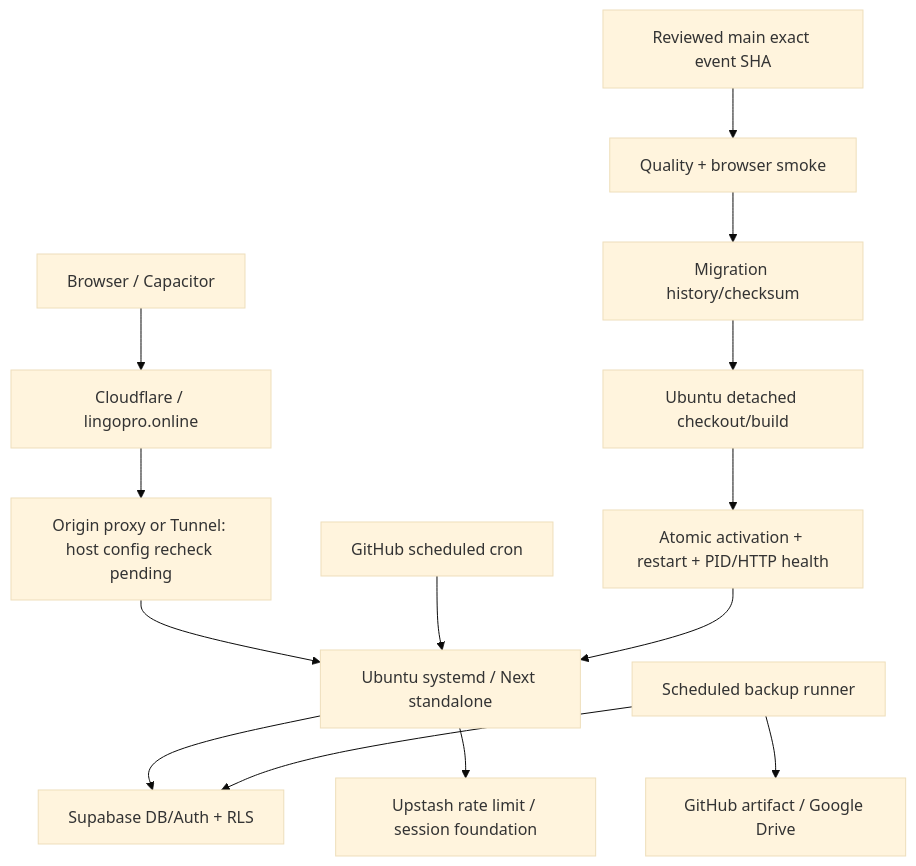
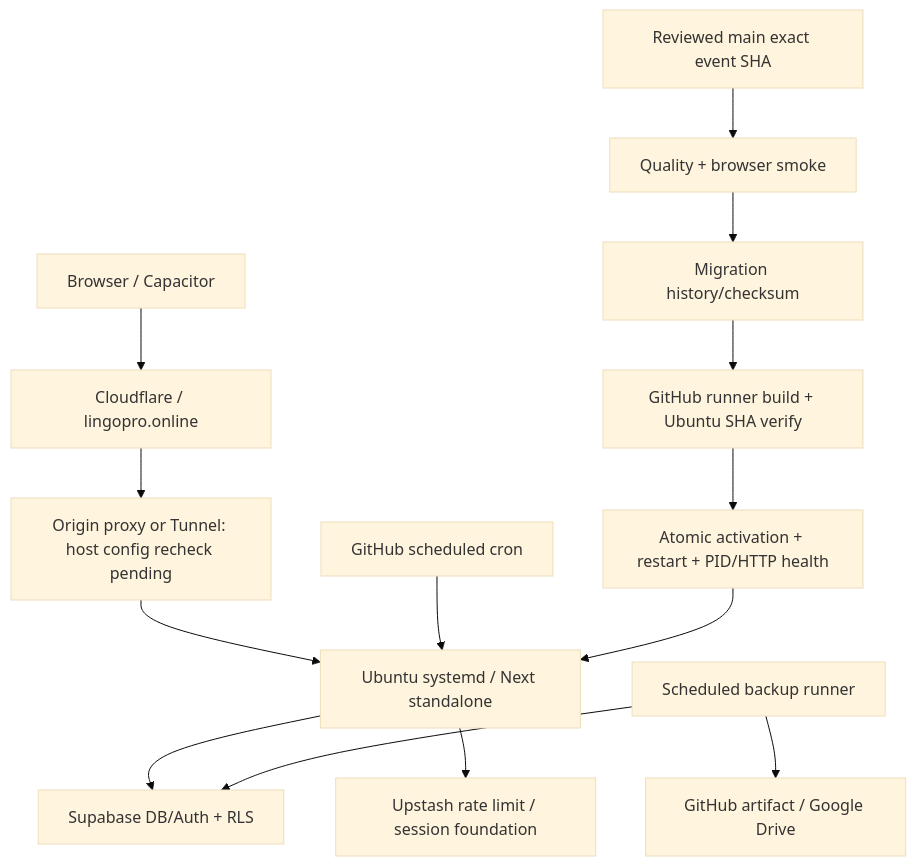
One commit to FengProfessor/Vocab changed the diagram in docs/architecture/production.md. Above: the diagram before and after it, drawn with Mermaid (base theme). The commit also changed other lines of this file and 7 other files, not shown here.

Commit message:
chore(deploy): build standalone bundle on GitHub runner and prune old rollbacks

````diff
--- a/docs/architecture/production.md
+++ b/docs/architecture/production.md
@@ -18,16 +18,16 @@
 ```mermaid
 flowchart TD
   User[Browser / Capacitor] --> Edge[Cloudflare / lingopro.online]
   Edge --> Origin[Origin proxy or Tunnel: host config recheck pending]
   Origin --> App[Ubuntu systemd / Next standalone]
   App --> Supabase[Supabase DB/Auth + RLS]
   App --> Redis[Upstash rate limit / session foundation]
   Cron[GitHub scheduled cron] --> App
   Main[Reviewed main exact event SHA] --> Quality[Quality + browser smoke]
   Quality --> Migration[Migration history/checksum]
-  Migration --> Build[Ubuntu detached checkout/build]
+  Migration --> Build[GitHub runner build + Ubuntu SHA verify]
   Build --> Activation[Atomic activation + restart + PID/HTTP health]
   Activation --> App
   Backup[Scheduled backup runner] --> Supabase
   Backup --> Storage[GitHub artifact / Google Drive]
 ```
````
